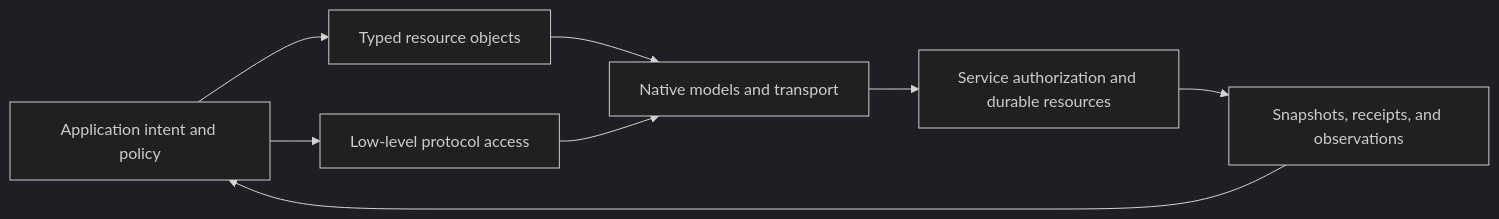
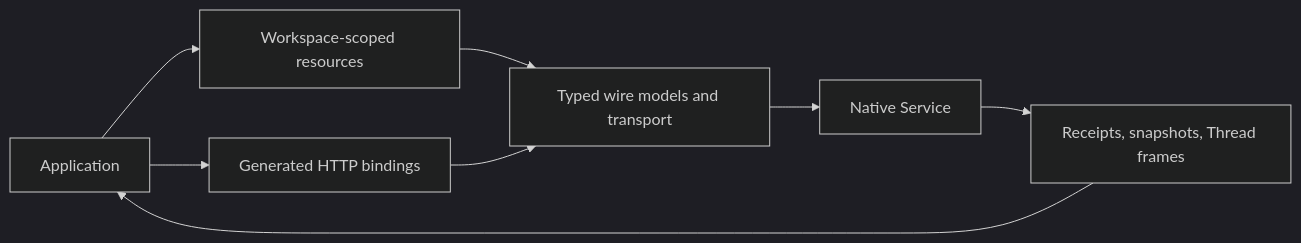
One commit to converge-ai-labs/a13n-sdk-python changed the diagram in spec/00-overview.md. Above: the diagram before and after it, drawn with Mermaid (dark theme). The commit also changed other lines of this file and 1563 other files, not shown here.

First line of the commit message:
feat(sdk)!: adopt workspace-scoped Native Service API (#26)

````diff
--- a/spec/00-overview.md
+++ b/spec/00-overview.md
@@ -22,10 +17,10 @@
 ```mermaid
 flowchart LR
-    App[Application intent and policy] --> Resources[Typed resource objects]
-    App --> LowLevel[Low-level protocol access]
-    Resources --> Protocol[Native models and transport]
-    LowLevel --> Protocol
-    Protocol --> Service[Service authorization and durable resources]
-    Service --> Evidence[Snapshots, receipts, and observations]
+    App[Application] --> Resources[Workspace-scoped resources]
+    App --> Low[Generated HTTP bindings]
+    Resources --> Wire[Typed wire models and transport]
+    Low --> Wire
+    Wire --> Service[Native Service]
+    Service --> Evidence[Receipts, snapshots, Thread frames]
     Evidence --> App
 ```
````
